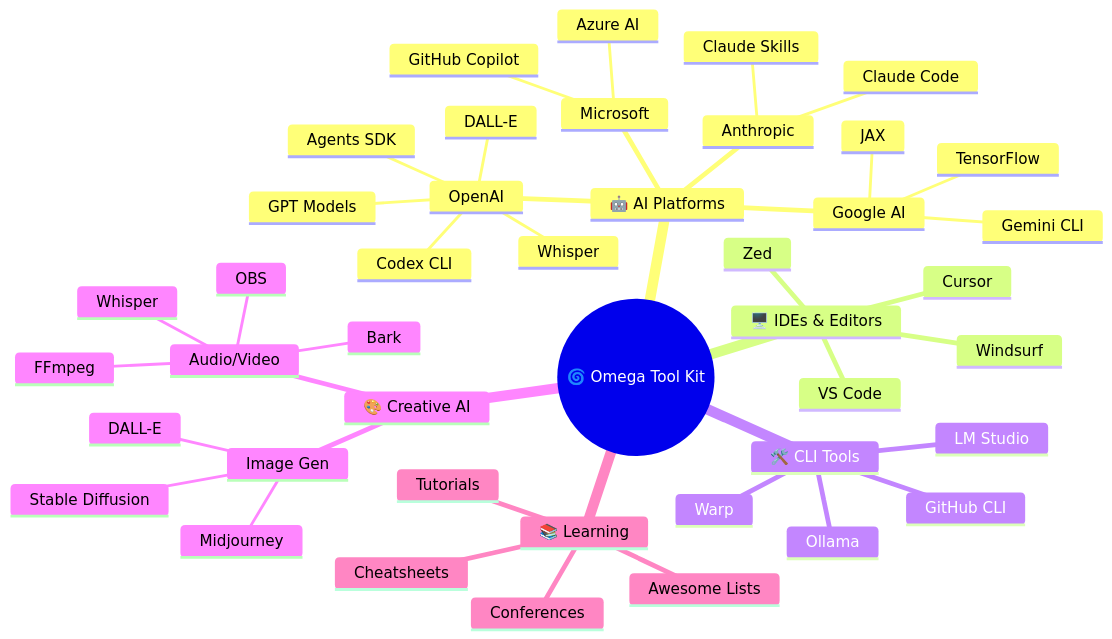
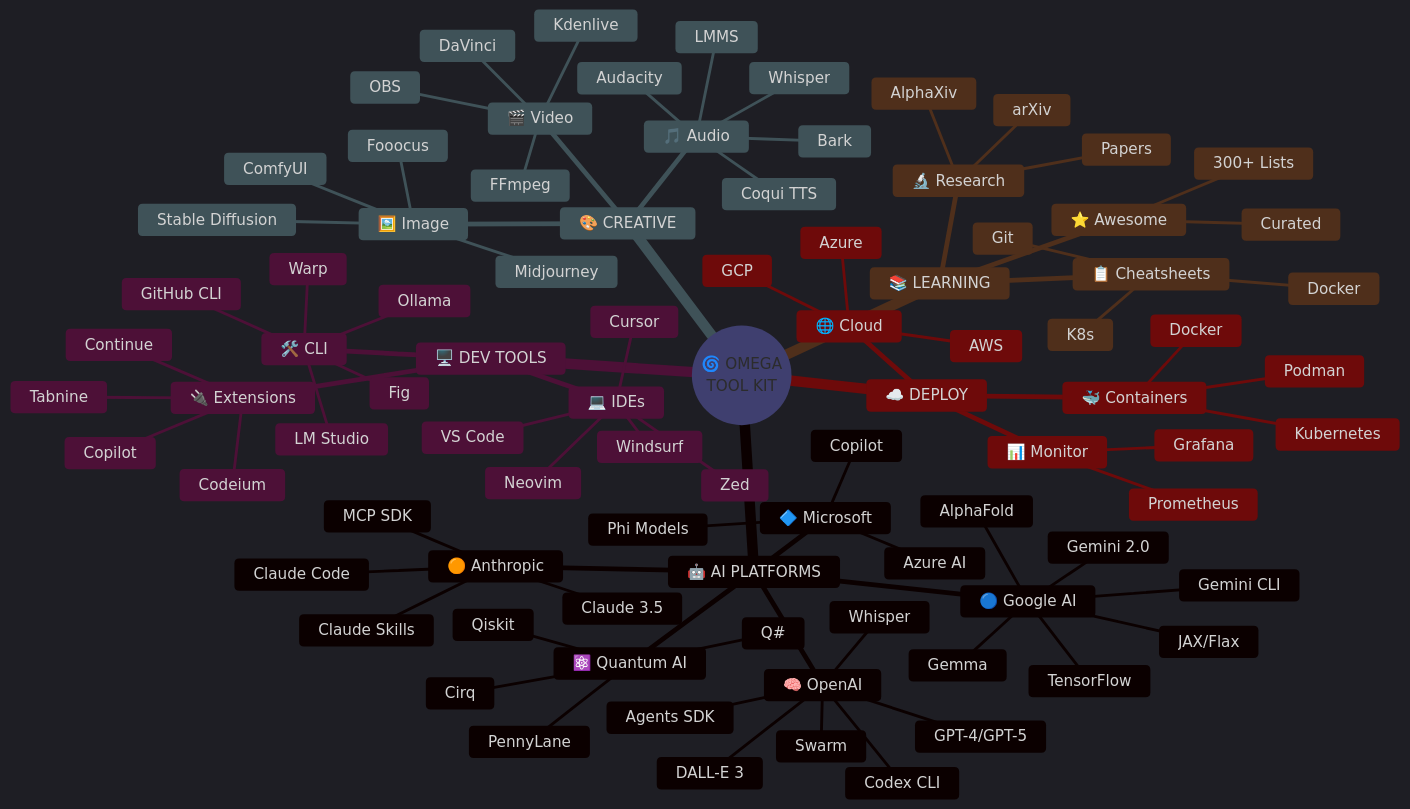
Before and after one commit to SpiralCloudOmega/DevTeam6: the second of 8 diagrams in README.md, drawn with Mermaid. The commit also changed other lines of this file, not shown here.

Commit message:
Add cyberpunk-style diagrams, Quantum Computing section, enhanced visuals

````diff
--- a/README.md
+++ b/README.md
@@ -23,46 +88,93 @@
 ```mermaid
+%%{init: {'theme': 'dark', 'themeVariables': { 'primaryColor': '#ff00ff', 'primaryTextColor': '#ffffff', 'primaryBorderColor': '#00ffff', 'lineColor': '#00ffff', 'secondaryColor': '#1a1a2e', 'tertiaryColor': '#16213e'}}}%%
 mindmap
-  root((🌀 Omega Tool Kit))
-    🤖 AI Platforms
-      OpenAI
-        GPT Models
+  root((🌀 OMEGA<br/>TOOL KIT))
+    🤖 AI PLATFORMS
+      🧠 OpenAI
+        GPT-4/GPT-5
         Whisper
-        DALL-E
+        DALL-E 3
         Codex CLI
         Agents SDK
-      Google AI
+        Swarm
+      🔵 Google AI
+        Gemini 2.0
         Gemini CLI
         TensorFlow
-        JAX
-      Anthropic
+        JAX/Flax
+        AlphaFold
+        Gemma
+      🟠 Anthropic
+        Claude 3.5
         Claude Code
         Claude Skills
-      Microsoft
-        GitHub Copilot
+        MCP SDK
+      🔷 Microsoft
+        Copilot
         Azure AI
-    🖥️ IDEs & Editors
-      Cursor
-      VS Code
-      Zed
-      Windsurf
-    🛠️ CLI Tools
-      GitHub CLI
-      Warp
-      Ollama
-      LM Studio
-    🎨 Creative AI
-      Image Gen
-        Stable Diffusion
-        DALL-E
-        Midjourney
-      Audio/Video
+        Phi Models
+      ⚛️ Quantum AI
+        Qiskit
+        Cirq
+        PennyLane
+        Q#
+    🖥️ DEV TOOLS
+      💻 IDEs
+        Cursor
+        VS Code
+        Zed
+        Windsurf
+        Neovim
+      🛠️ CLI
+        GitHub CLI
+        Warp
+        Fig
+        Ollama
+        LM Studio
+      🔌 Extensions
+        Copilot
+        Codeium
+        Tabnine
+        Continue
+    🎨 CREATIVE
+      🎵 Audio
         Whisper
         Bark
+        Coqui TTS
+        Audacity
+        LMMS
+      🎬 Video
         FFmpeg
         OBS
-    📚 Learning
-      Awesome Lists
-      Cheatsheets
-      Tutorials
-      Conferences
+        Kdenlive
+        DaVinci
+      🖼️ Image
+        Stable Diffusion
+        ComfyUI
+        Fooocus
+        Midjourney
+    📚 LEARNING
+      ⭐ Awesome
+        300+ Lists
+        Curated
+      📋 Cheatsheets
+        Git
+        Docker
+        K8s
+      🔬 Research
+        AlphaXiv
+        arXiv
+        Papers
+    ☁️ DEPLOY
+      🐳 Containers
+        Docker
+        Kubernetes
+        Podman
+      🌐 Cloud
+        AWS
+        GCP
+        Azure
+      📊 Monitor
+        Grafana
+        Prometheus
 ```
````
